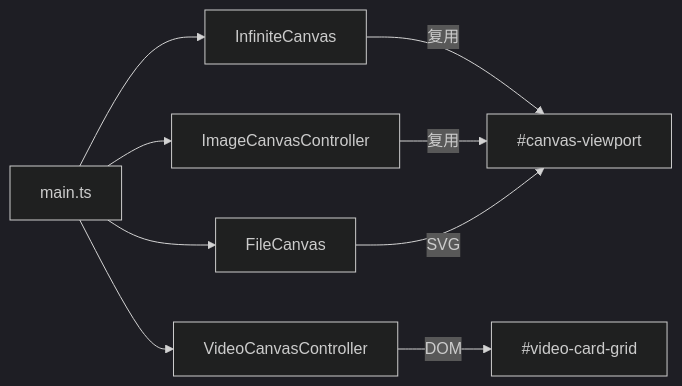
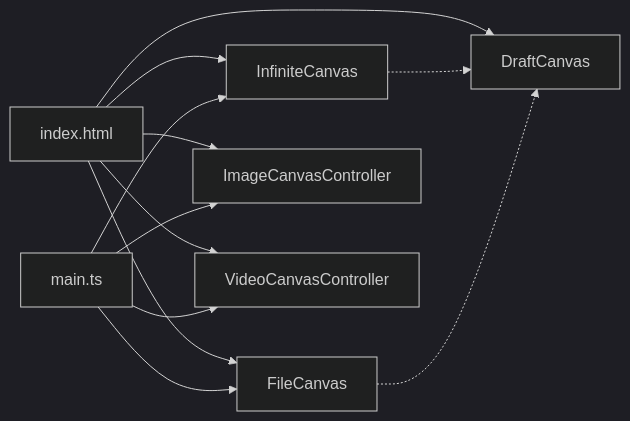
Before and after one commit to 2025ppo/aqw: the eighth of 8 diagrams in .qoder/repowiki/zh/content/UI组件系统/画布系统.md, drawn with Mermaid (dark theme). The commit also changed other lines of this file and 224 other files, not shown here.

````diff
--- a/.qoder/repowiki/zh/content/UI组件系统/画布系统.md
+++ b/.qoder/repowiki/zh/content/UI组件系统/画布系统.md
@@ -302,11 +361,14 @@
 ```mermaid
 graph LR
-MAIN["main.ts"] --> IC["InfiniteCanvas"]
-MAIN --> FC["FileCanvas"]
-MAIN --> IMC["ImageCanvasController"]
-MAIN --> VCC["VideoCanvasController"]
-IC --> |复用| SVG["#canvas-viewport"]
-IMC --> |复用| SVG
-FC --> |SVG| SVG
-VCC --> |DOM| GRID["#video-card-grid"]
+HTML["index.html"] --> IC["InfiniteCanvas"]
+HTML --> FC["FileCanvas"]
+HTML --> IMG["ImageCanvasController"]
+HTML --> VID["VideoCanvasController"]
+HTML --> DFT["DraftCanvas"]
+MAIN["main.ts"] --> IC
+MAIN --> FC
+MAIN --> IMG
+MAIN --> VID
+IC -.-> DFT
+FC -.-> DFT
 ```
````
